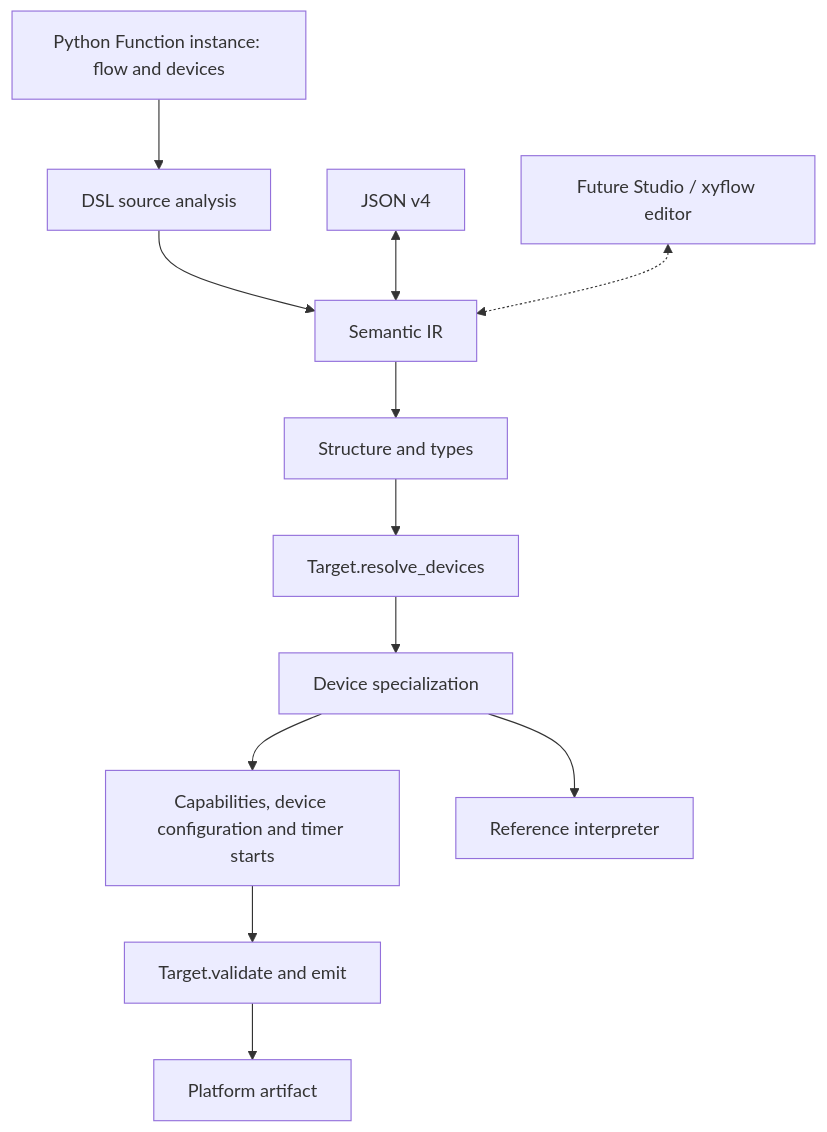
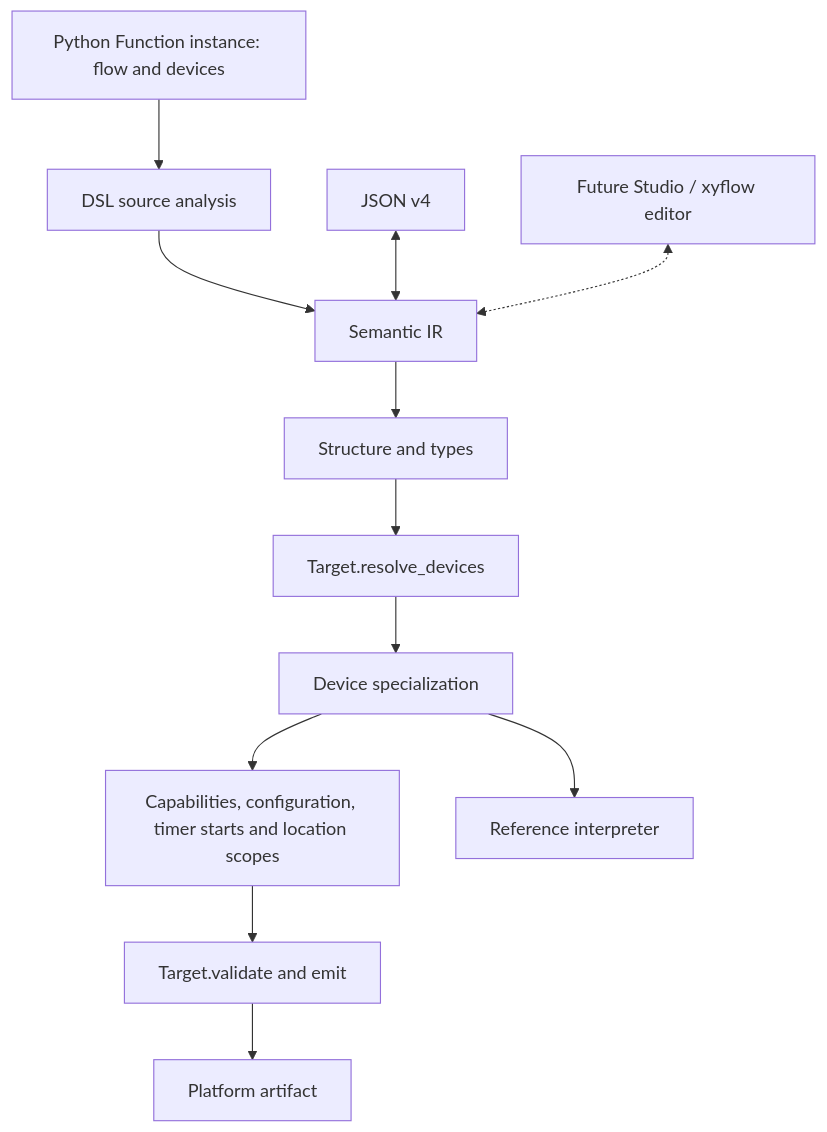
Before and after one commit to TsumiNa/sciloom: the diagram in website/docs/developer/reference/pipeline.md, drawn with Mermaid. The commit also changed other lines of this file and 63 other files, not shown here.

Commit message:
Add bounded runtime device location scopes (#101)

````diff
--- a/website/docs/developer/reference/pipeline.md
+++ b/website/docs/developer/reference/pipeline.md
@@ -9,14 +9,14 @@
 ```mermaid
 flowchart TD
     Python["Python Function instance: flow and devices"] --> DSL["DSL source analysis"]
     DSL --> IR["Semantic IR"]
     JSON["JSON v4"] <--> IR
     IR --> Validate["Structure and types"]
     Validate --> Resolve["Target.resolve_devices"]
     Resolve --> Specialize["Device specialization"]
-    Specialize --> Config["Capabilities, device configuration and timer starts"]
+    Specialize --> Config["Capabilities, configuration, timer starts and location scopes"]
     Config --> Target["Target.validate and emit"]
     Target --> Artifact["Platform artifact"]
     Specialize --> Interpreter["Reference interpreter"]
     Future["Future Studio / xyflow editor"] <-.-> IR
 ```
````
